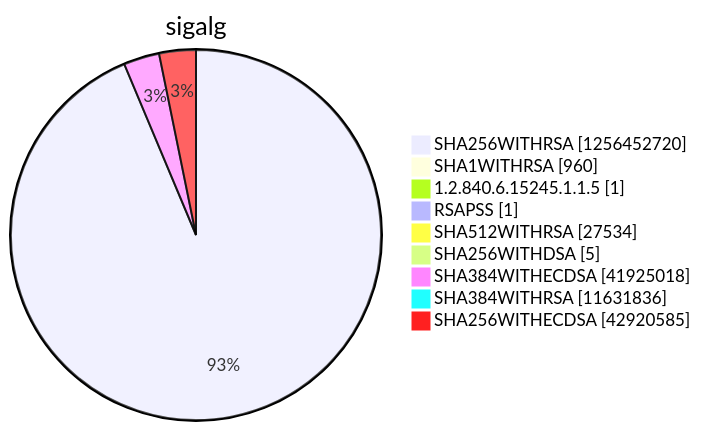
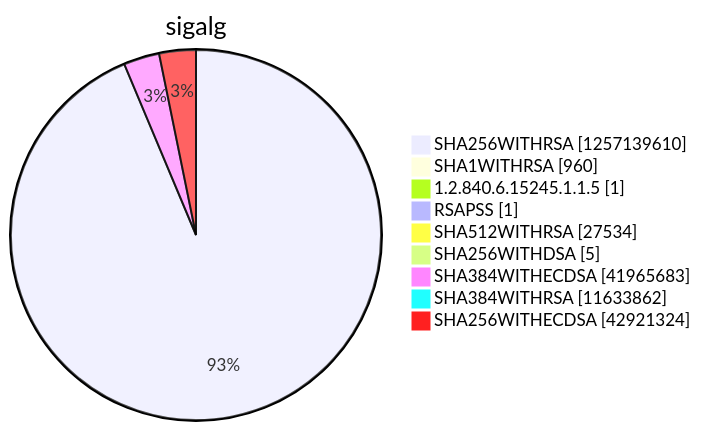
Before and after one commit to christiankrug/ctmonitor_visualization: diagram 15 of 15 in argon2022/README.md, drawn with Mermaid. The commit also changed other lines of this file, not shown here.

````diff
--- a/argon2022/README.md
+++ b/argon2022/README.md
@@ -5522,13 +5522,13 @@
 ```mermaid
 pie showData
 title sigalg
-"SHA256WITHRSA" :1256452720
+"SHA256WITHRSA" :1257139610
 "SHA1WITHRSA" :960
 "1.2.840.6.15245.1.1.5" :1
 "RSAPSS" :1
 "SHA512WITHRSA" :27534
 "SHA256WITHDSA" :5
-"SHA384WITHECDSA" :41925018
-"SHA384WITHRSA" :11631836
-"SHA256WITHECDSA" :42920585
+"SHA384WITHECDSA" :41965683
+"SHA384WITHRSA" :11633862
+"SHA256WITHECDSA" :42921324
 ```
````
